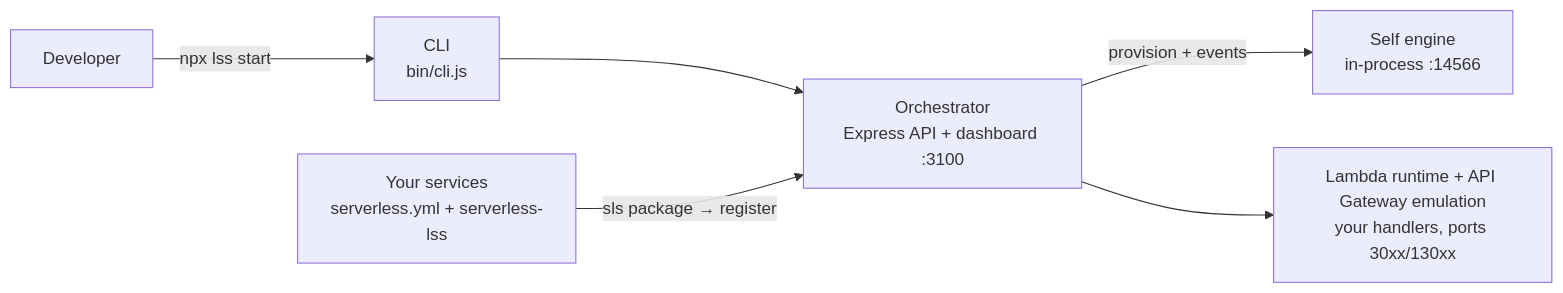
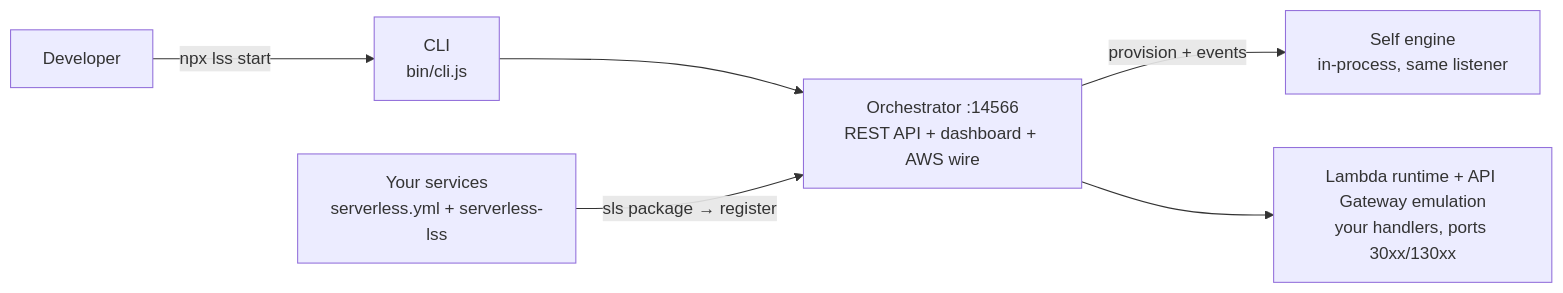
Before and after one commit to Viserion77/local-serverless-stack: the first of 4 diagrams in README.md, drawn with Mermaid. The commit also changed other lines of this file and 40 other files, not shown here.

First line of the commit message:
refactor: unify server and self-engine ports to 14566

````diff
--- a/README.md
+++ b/README.md
@@ -13,8 +13,8 @@
 ```mermaid
 flowchart LR
     DEV[Developer] -->|npx lss start| CLI[CLI<br/>bin/cli.js]
-    CLI --> ORCH[Orchestrator<br/>Express API + dashboard :3100]
+    CLI --> ORCH["Orchestrator :14566<br/>REST API + dashboard + AWS wire"]
     SVC[Your services<br/>serverless.yml + serverless-lss] -->|sls package → register| ORCH
-    ORCH -->|provision + events| SELF[Self engine<br/>in-process :14566]
+    ORCH -->|provision + events| SELF[Self engine<br/>in-process, same listener]
     ORCH --> RT[Lambda runtime + API Gateway emulation<br/>your handlers, ports 30xx/130xx]
 ```
````
